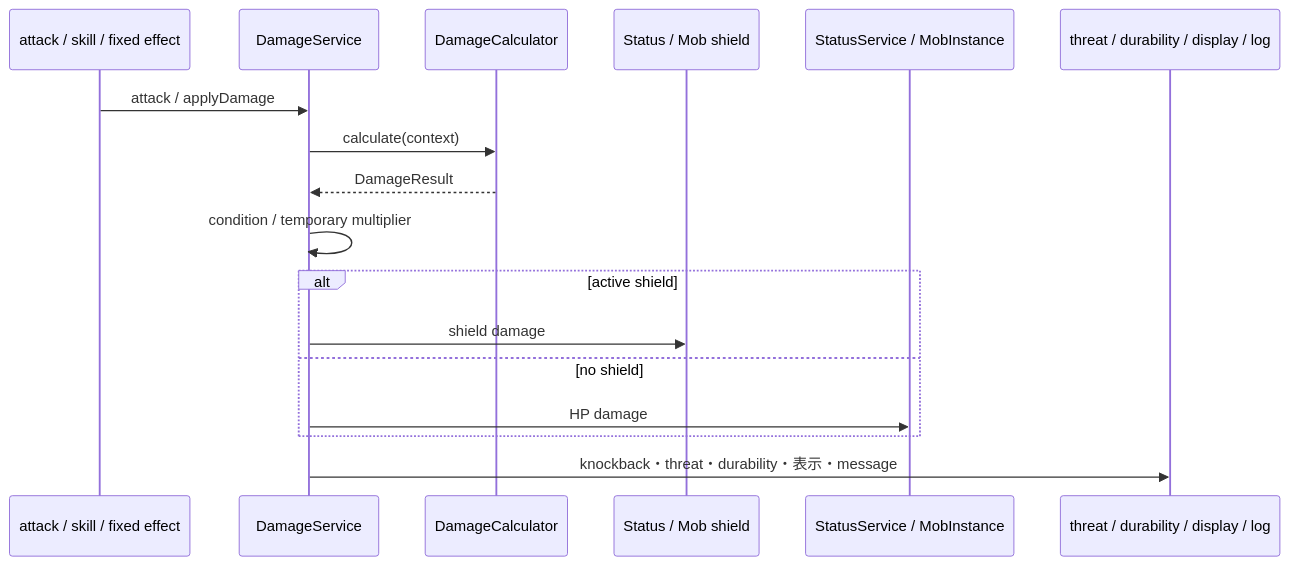
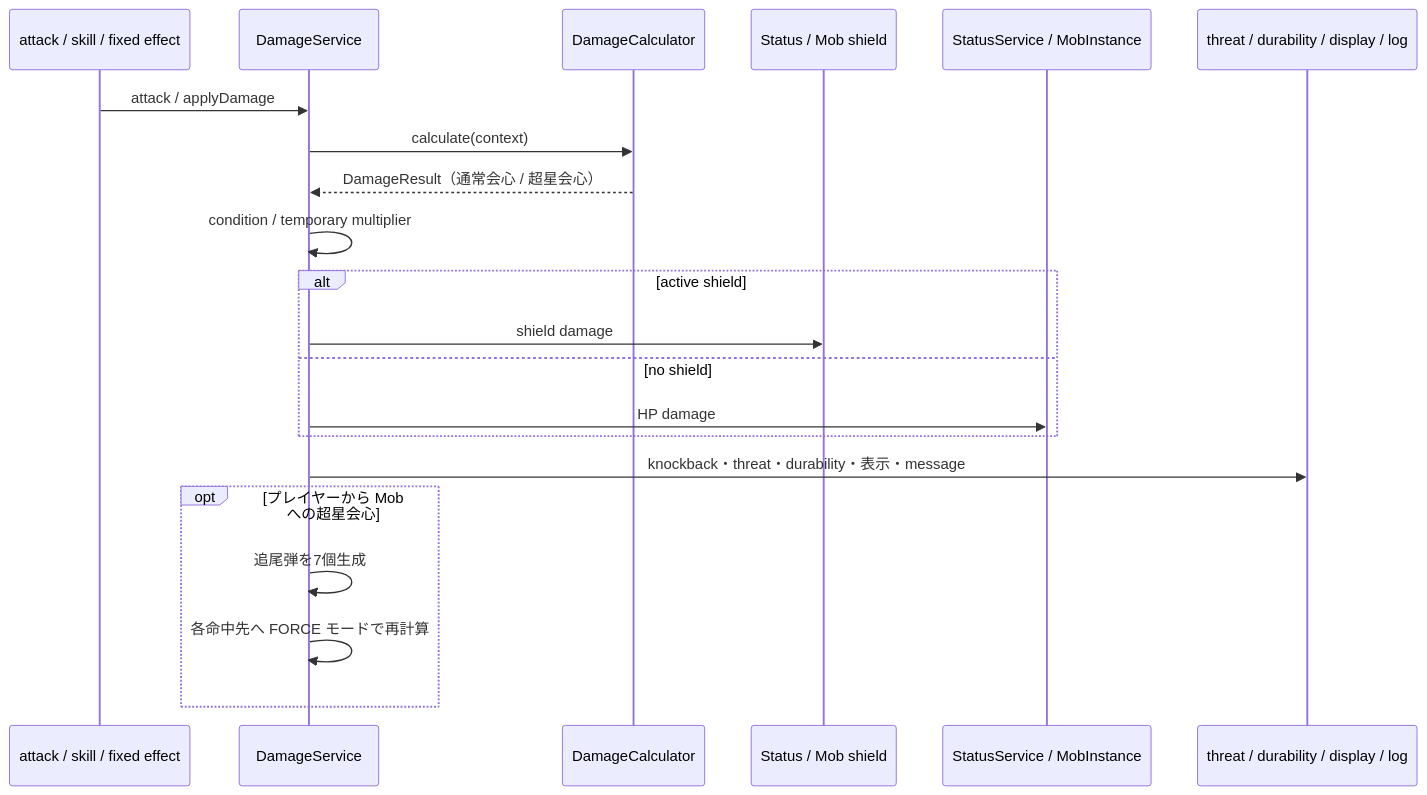
Before and after one commit to maaasu/AstralRecord-Workspace: the second of 3 diagrams in 00_docs/10_Plugin設計書/feature/14-combat/14_4-統合フロー.md, drawn with Mermaid. The commit also changed other lines of this file and 23 other files, not shown here.

````diff
--- a/00_docs/10_Plugin設計書/feature/14-combat/14_4-統合フロー.md
+++ b/00_docs/10_Plugin設計書/feature/14-combat/14_4-統合フロー.md
@@ -45,20 +45,24 @@
 ```mermaid
 sequenceDiagram
     participant Source as attack / skill / fixed effect
     participant Service as DamageService
     participant Calc as DamageCalculator
     participant Shield as Status / Mob shield
     participant HP as StatusService / MobInstance
     participant Side as threat / durability / display / log
 
     Source->>Service: attack / applyDamage
     Service->>Calc: calculate(context)
-    Calc-->>Service: DamageResult
+    Calc-->>Service: DamageResult（通常会心 / 超星会心）
     Service->>Service: condition / temporary multiplier
     alt active shield
         Service->>Shield: shield damage
     else no shield
         Service->>HP: HP damage
     end
     Service->>Side: knockback・threat・durability・表示・message
+    opt プレイヤーから Mob への超星会心
+        Service->>Service: 追尾弾を7個生成
+        Service->>Service: 各命中先へ FORCE モードで再計算
+    end
 ```
````
